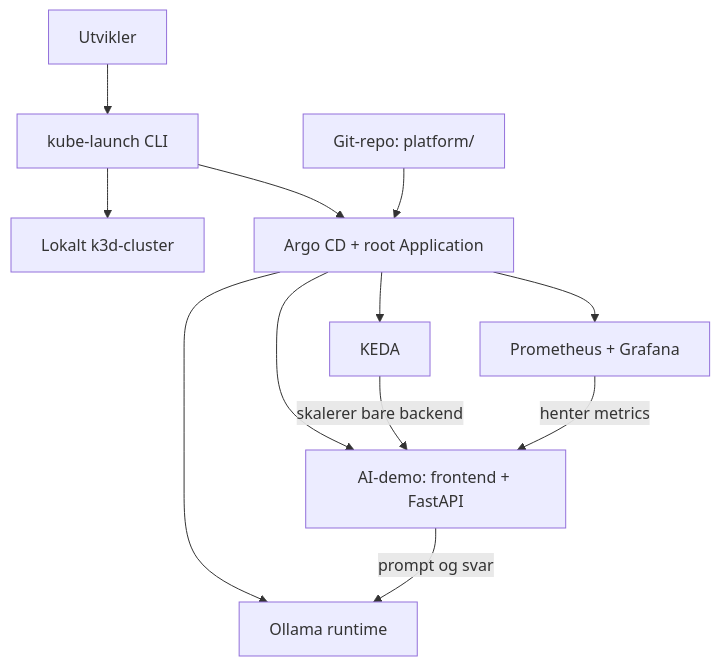
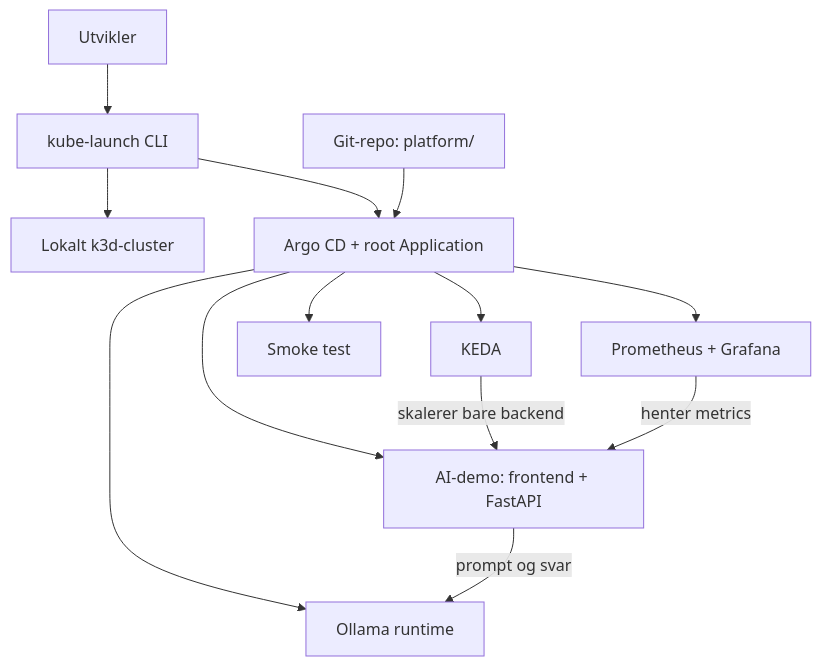
The diagram in README.md (ViktorKnu/KubeLaunch), drawn with Mermaid before and after one commit. The commit also changed other lines of this file and 11 other files, not shown here.

````diff
--- a/README.md
+++ b/README.md
@@ -48,14 +49,15 @@
 ```mermaid
 flowchart TD
     User["Utvikler"] --> CLI["kube-launch CLI"]
     CLI --> Cluster["Lokalt k3d-cluster"]
     CLI --> Argo["Argo CD + root Application"]
     Git["Git-repo: platform/"] --> Argo
     Argo --> Obs["Prometheus + Grafana"]
     Argo --> Keda["KEDA"]
     Argo --> Ollama["Ollama runtime"]
     Argo --> Demo["AI-demo: frontend + FastAPI"]
+    Argo --> Smoke["Smoke test"]
     Keda -->|"skalerer bare backend"| Demo
     Demo -->|"prompt og svar"| Ollama
     Obs -->|"henter metrics"| Demo
 ```
````
